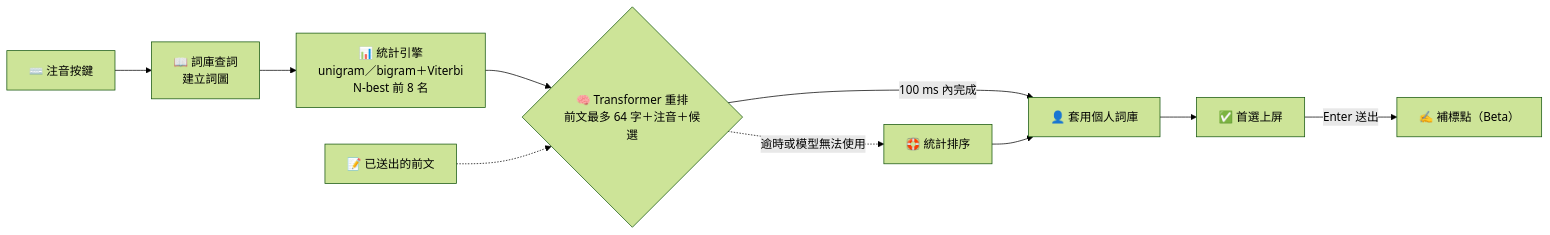
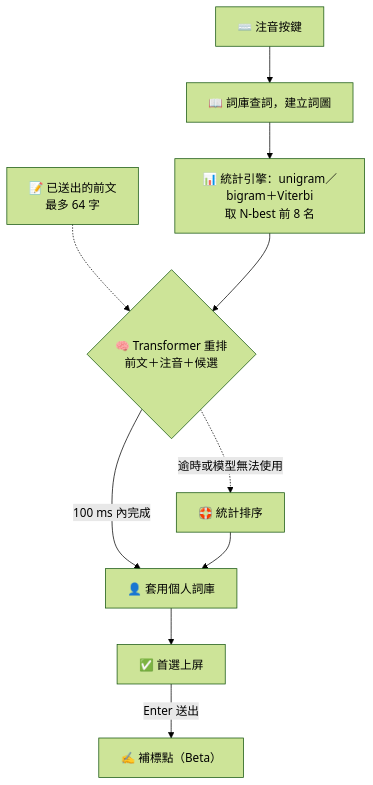
The first of 2 diagrams in README.md (0c-biggo/0c-ime), drawn with Mermaid (forest theme) before and after one commit.

Commit message:
docs(readme): draw the candidate selection flow top to bottom

````diff
--- a/README.md
+++ b/README.md
@@ -53,12 +53,12 @@
 ```mermaid
-flowchart LR
-    K["⌨️ 注音按鍵"] --> L["📖 詞庫查詞<br/>建立詞圖"]
-    L --> V["📊 統計引擎<br/>unigram／bigram＋Viterbi<br/>N-best 前 8 名"]
-    V --> T{"🧠 Transformer 重排<br/>前文最多 64 字＋注音＋候選"}
-    C["📝 已送出的前文"] -.-> T
+flowchart TD
+    K["⌨️ 注音按鍵"] --> L["📖 詞庫查詞，建立詞圖"]
+    L --> V["📊 統計引擎：unigram／bigram＋Viterbi<br/>取 N-best 前 8 名"]
+    C["📝 已送出的前文<br/>最多 64 字"] -.-> T
+    V --> T{"🧠 Transformer 重排<br/>前文＋注音＋候選"}
     T -->|"100 ms 內完成"| P["👤 套用個人詞庫"]
     T -.->|"逾時或模型無法使用"| F["🛟 統計排序"]
     F --> P
     P --> O["✅ 首選上屏"]
     O -->|"Enter 送出"| Q["✍️ 補標點（Beta）"]
 ```
````
